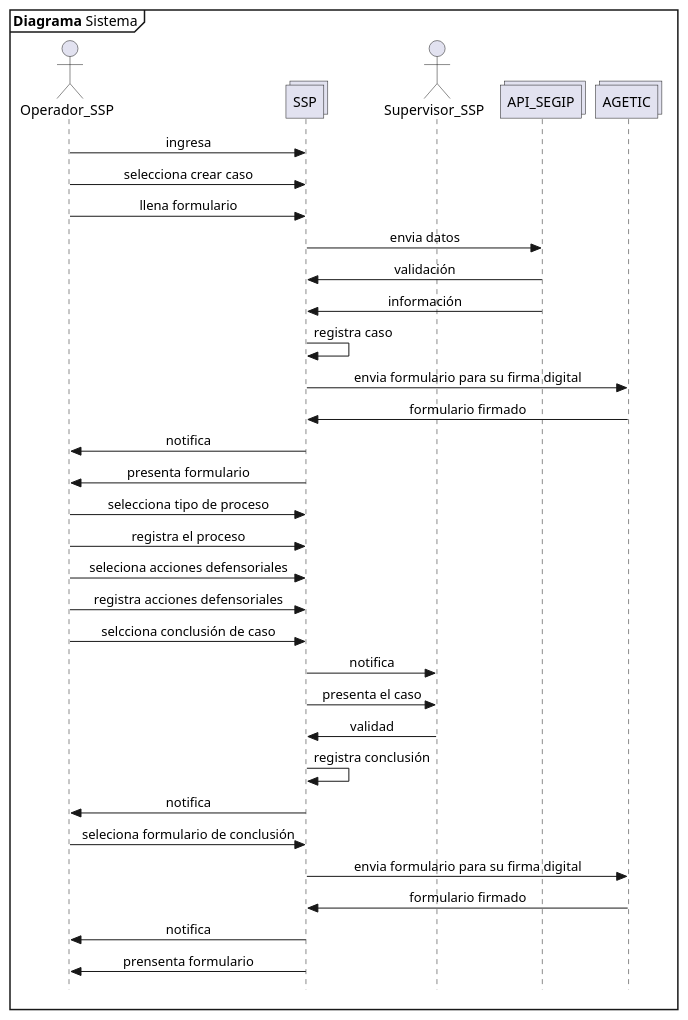
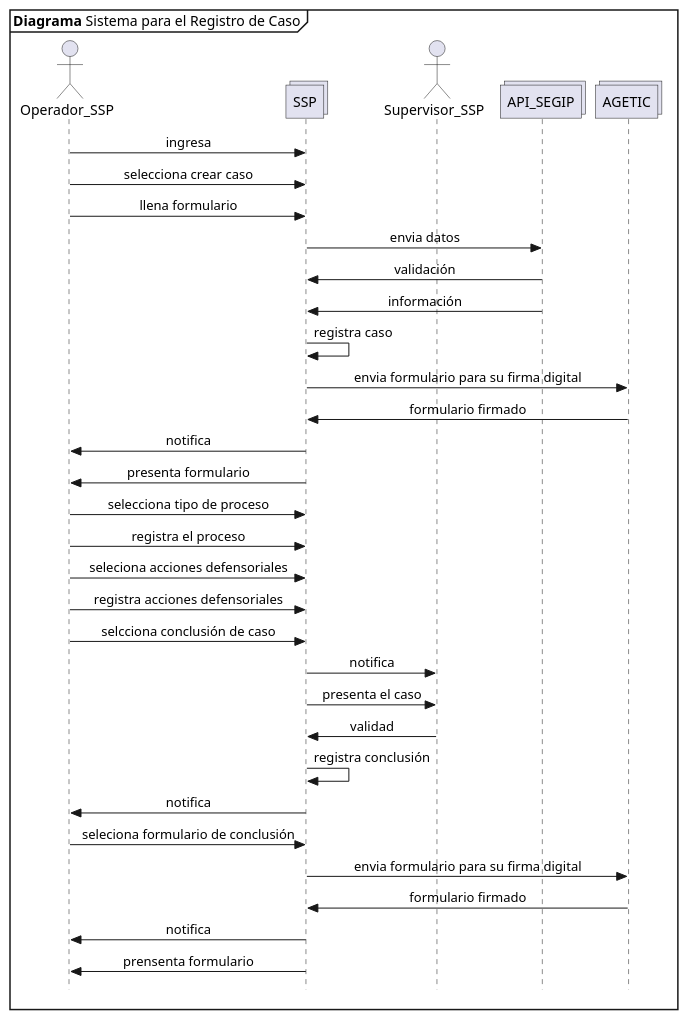
The diagram in propuesta SSP/06 registro de casos.plantuml (n1m0d0/defdiag), drawn with PlantUML before and after one commit. The commit also changed 15 other files, not shown here.

```diff
--- a/propuesta SSP/06 registro de casos.plantuml
+++ b/propuesta SSP/06 registro de casos.plantuml
@@ -1,40 +1,40 @@
 @startuml Diagrama_Sistema
 skinparam Style strictuml
 skinparam SequenceMessageAlignment center
 
-mainframe **Diagrama** Sistema
+mainframe **Diagrama** Sistema para el Registro de Caso
 
 actor Operador_SSP as opssp
 collections SSP
 actor Supervisor_SSP as supssp
 collections API_SEGIP as segip
 collections AGETIC as agetic
 
 opssp->SSP: ingresa
 opssp->SSP: selecciona crear caso
 opssp->SSP: llena formulario
 SSP->segip: envia datos
 segip->SSP: validación
 segip->SSP: información
 SSP->SSP: registra caso
 SSP->agetic: envia formulario para su firma digital
 agetic->SSP: formulario firmado 
 SSP->opssp: notifica
 SSP->opssp: presenta formulario
 opssp->SSP: selecciona tipo de proceso
 opssp->SSP: registra el proceso
 opssp->SSP: seleciona acciones defensoriales
 opssp->SSP: registra acciones defensoriales
 opssp->SSP: selcciona conclusión de caso
 SSP->supssp: notifica
 SSP->supssp: presenta el caso
 supssp->SSP: validad
 SSP->SSP: registra conclusión
 SSP->opssp: notifica
 opssp->SSP: seleciona formulario de conclusión
 SSP->agetic: envia formulario para su firma digital
 agetic->SSP: formulario firmado
 SSP->opssp: notifica
 SSP->opssp: prensenta formulario
 
 @enduml
```
